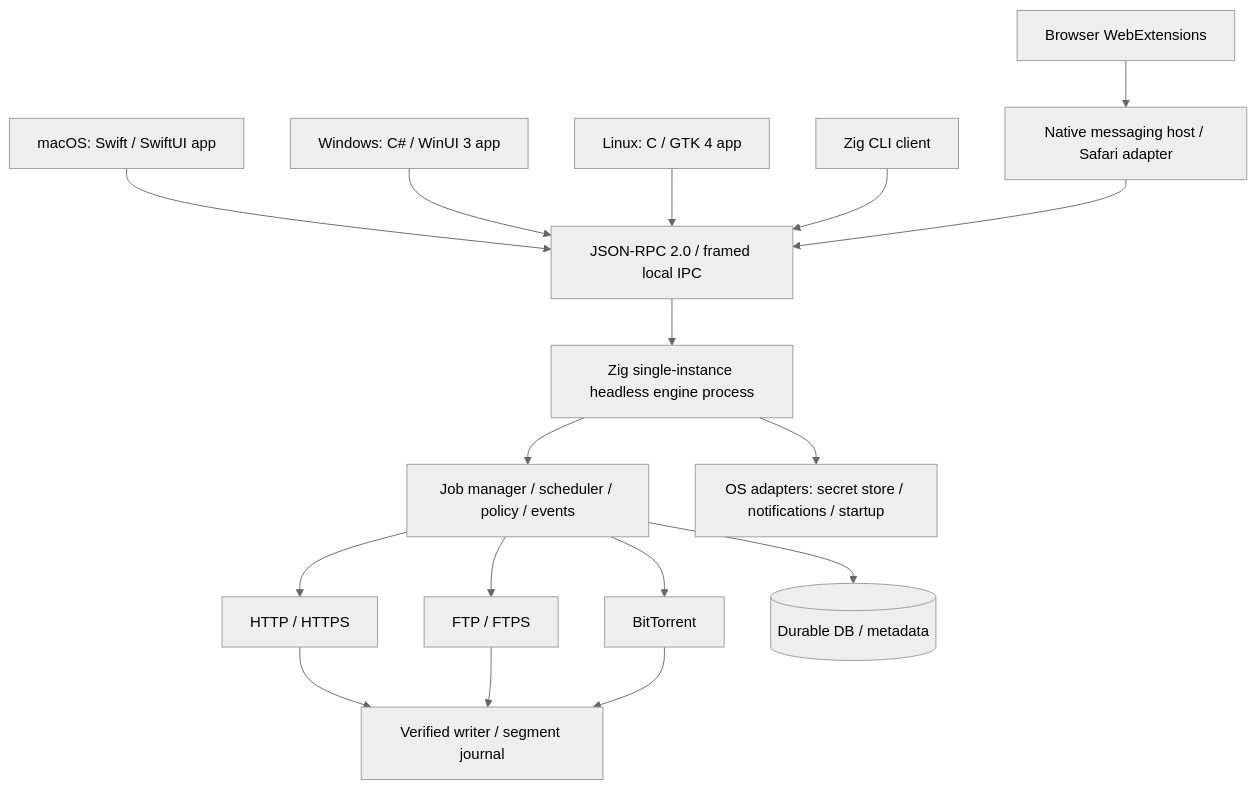
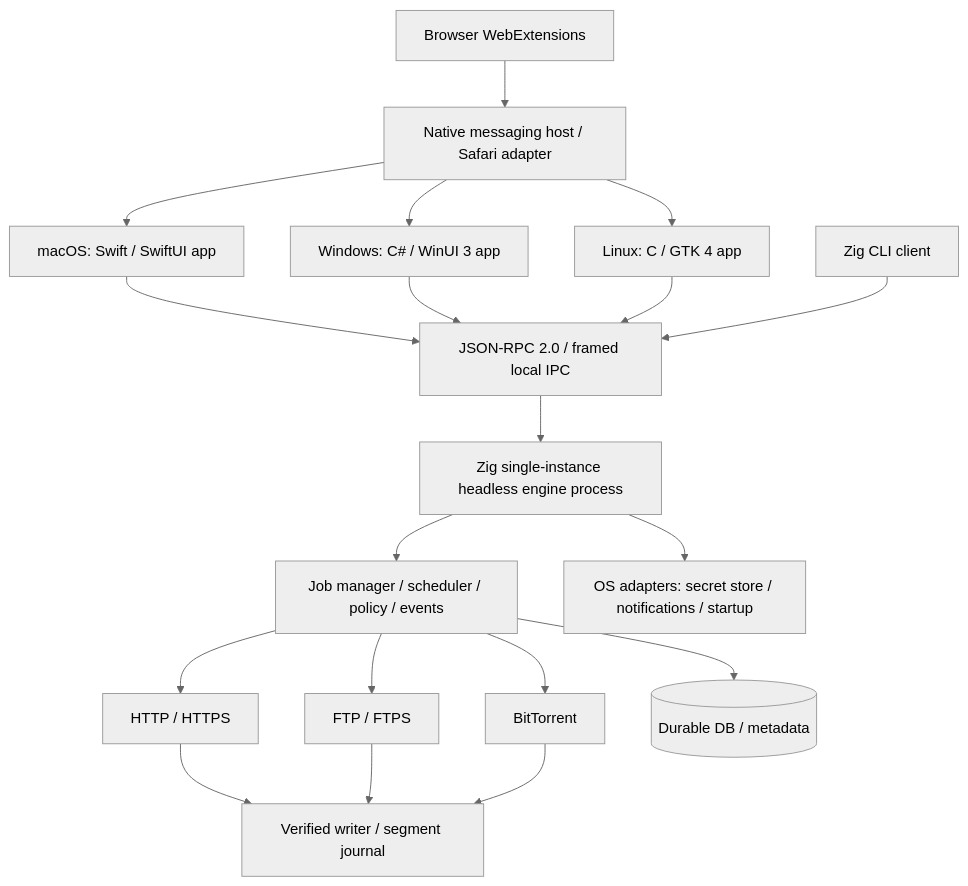
Before and after one commit to MJKhaani/SpeedDownload: the diagram in PROJECT.md, drawn with Mermaid (neutral theme). The commit also changed other lines of this file and 41 other files, not shown here.

````diff
--- a/PROJECT.md
+++ b/PROJECT.md
@@ -241,19 +243,21 @@
 ```mermaid
 flowchart TD
   MAC[macOS: Swift / SwiftUI app] --> IPC[JSON-RPC 2.0 / framed local IPC]
   WIN[Windows: C# / WinUI 3 app] --> IPC
   LIN[Linux: C / GTK 4 app] --> IPC
   CLI[Zig CLI client] --> IPC
   EXT[Browser WebExtensions] --> NM[Native messaging host / Safari adapter]
-  NM --> IPC
+  NM --> MAC
+  NM --> WIN
+  NM --> LIN
   IPC --> DAEMON[Zig single-instance headless engine process]
   DAEMON --> CORE[Job manager / scheduler / policy / events]
   CORE --> HTTP[HTTP / HTTPS]
   CORE --> FTP[FTP / FTPS]
   CORE --> BT[BitTorrent]
   HTTP --> STORE[Verified writer / segment journal]
   FTP --> STORE
   BT --> STORE
   CORE --> DB[(Durable DB / metadata)]
   DAEMON --> OS[OS adapters: secret store / notifications / startup]
 ```
````
